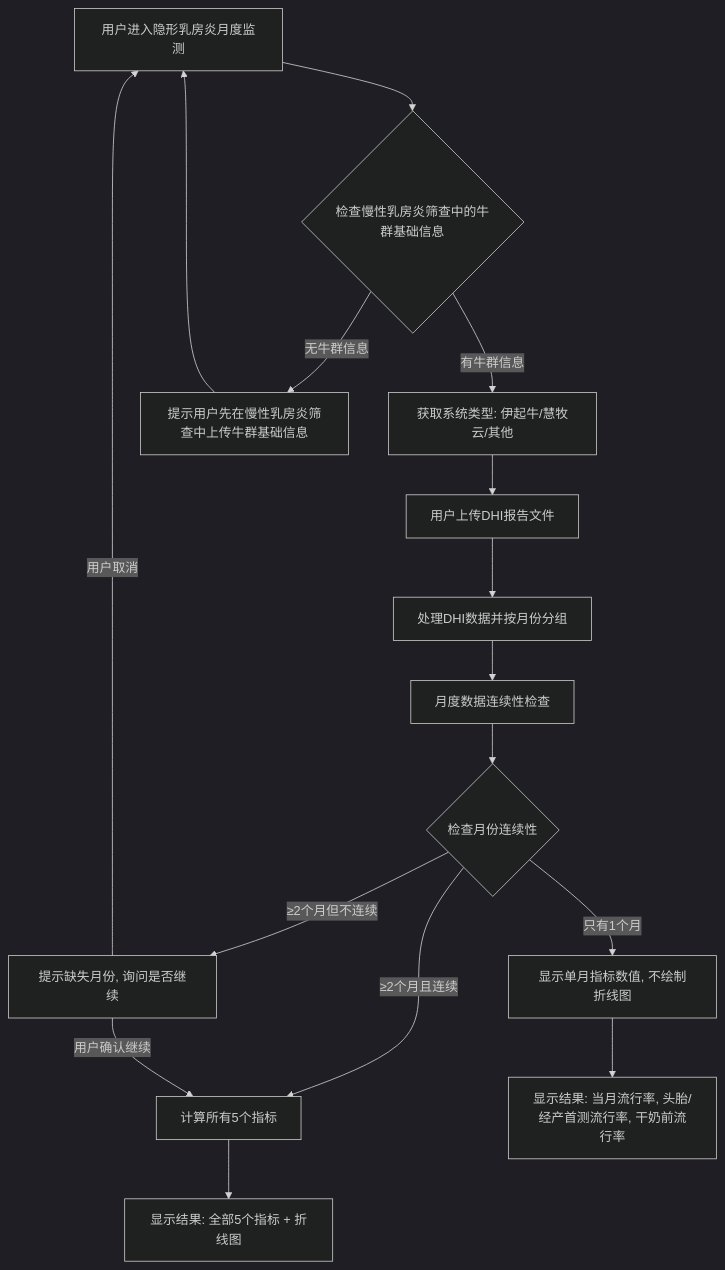
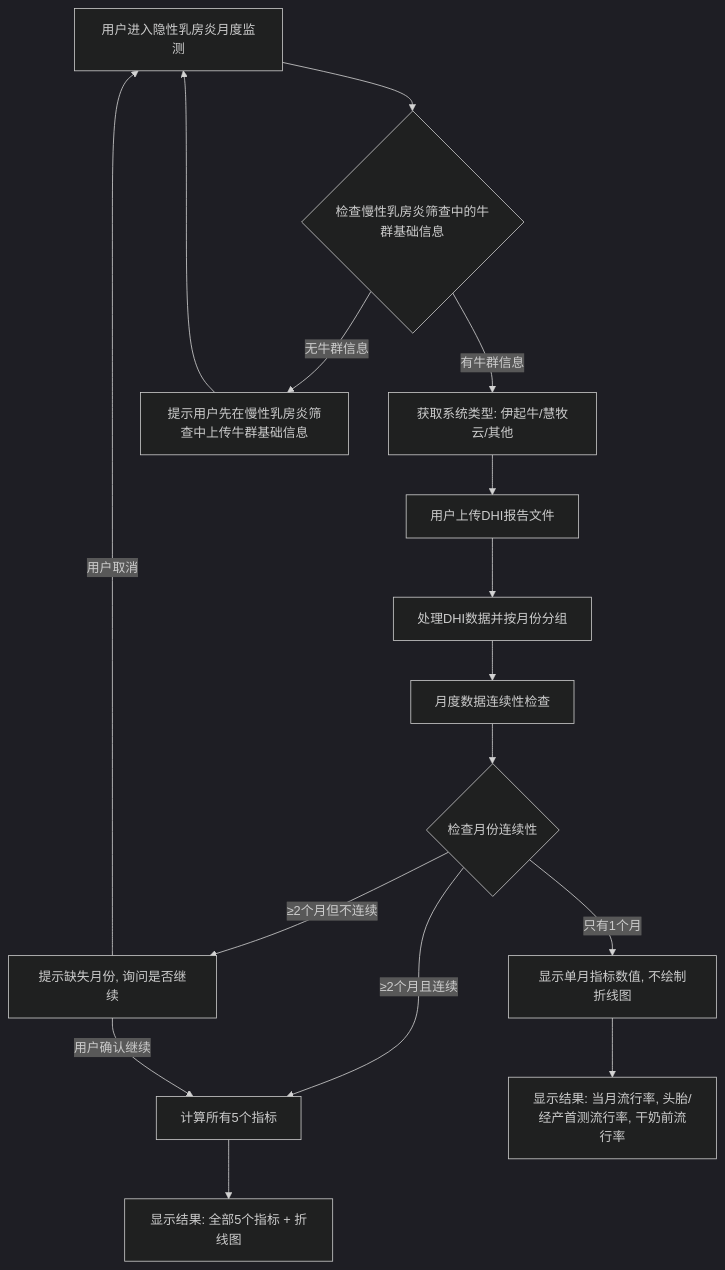
The diagram in 阶段1-数据预处理.mmd (Barton0411/dhi_screening), drawn with Mermaid (dark theme) before and after one commit. The commit also changed 6 other files, not shown here.

```diff
--- a/阶段1-数据预处理.mmd
+++ b/阶段1-数据预处理.mmd
@@ -1,20 +1,20 @@
 graph TD
-      A[用户进入隐形乳房炎月度监测] --> B{检查慢性乳房炎筛查中的牛群基础信息}
+      A[用户进入隐性乳房炎月度监测] --> B{检查慢性乳房炎筛查中的牛群基础信息}
       B -->|有牛群信息| C[获取系统类型: 伊起牛/慧牧云/其他]
       B -->|无牛群信息| D[提示用户先在慢性乳房炎筛查中上传牛群基础信息]
       D --> A
 
       C --> E[用户上传DHI报告文件]
       E --> F[处理DHI数据并按月份分组]
       F --> G[月度数据连续性检查]
 
       G --> H{检查月份连续性}
       H -->|只有1个月| I[显示单月指标数值, 不绘制折线图]
       H -->|≥2个月且连续| J[计算所有5个指标]
       H -->|≥2个月但不连续| K[提示缺失月份, 询问是否继续]
 
       K -->|用户确认继续| J
       K -->|用户取消| A
 
       I --> L[显示结果: 当月流行率, 头胎/经产首测流行率, 干奶前流行率]
       J --> M[显示结果: 全部5个指标 + 折线图]
```
